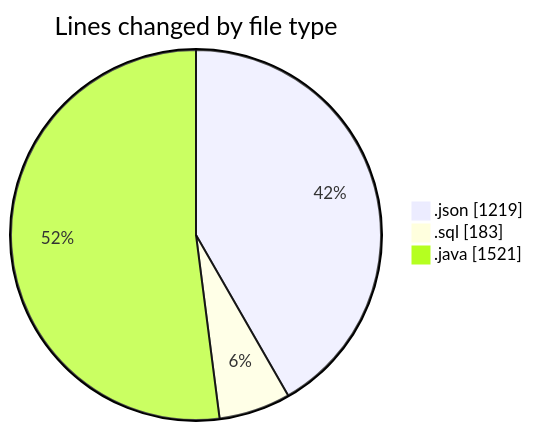
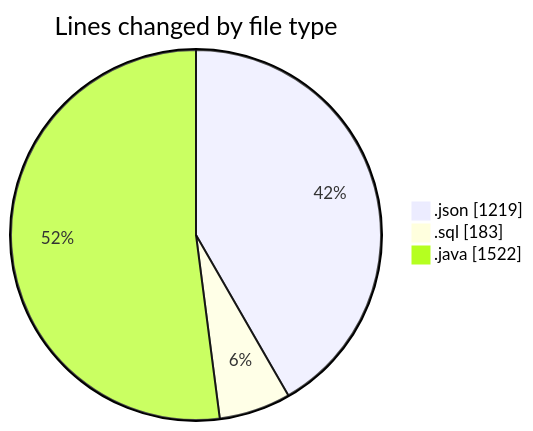
One commit to ricardozamudiocil/code-tracking changed the first of 2 diagrams in 2026-06-16/cilapp/README.md. Above: the diagram before and after it, drawn with Mermaid. The commit also changed other lines of this file and 1 other file, not shown here.

````diff
--- a/2026-06-16/cilapp/README.md
+++ b/2026-06-16/cilapp/README.md
@@ -25,7 +25,7 @@
 ```mermaid
 pie showData
 title Lines changed by file type
 ".json" : 1219
 ".sql" : 183
-".java" : 1521
+".java" : 1522
 ```
````
